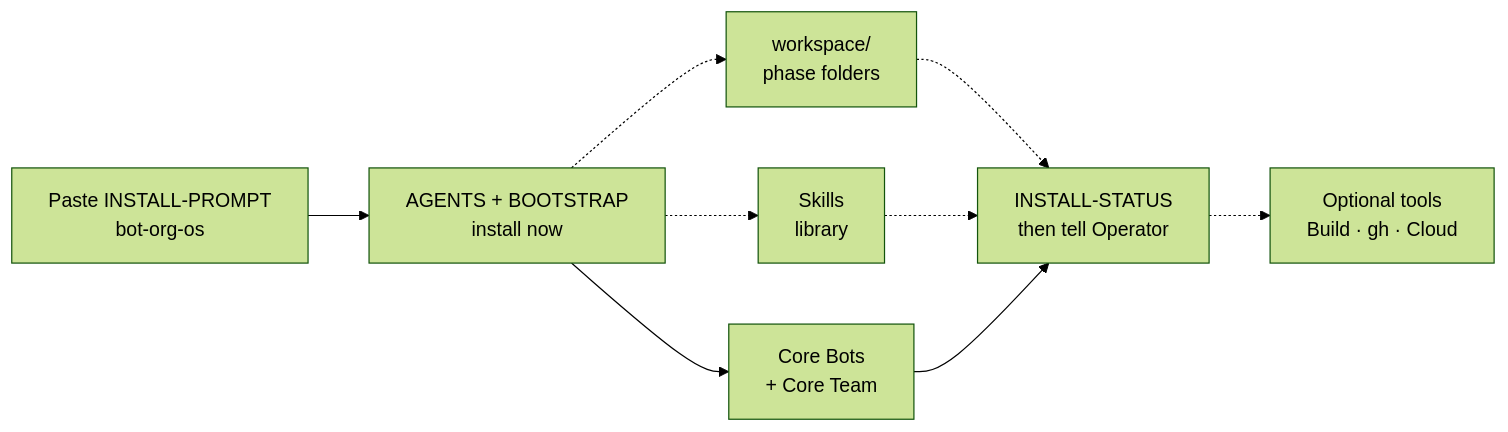
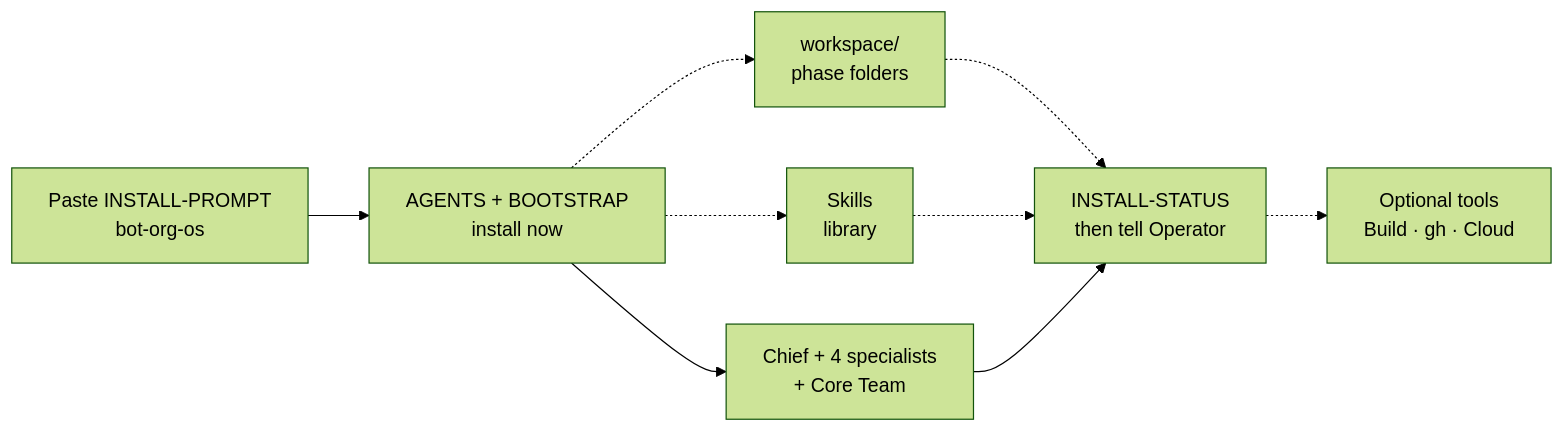
The second of 3 diagrams in README.md (firmasite/bot-org-os), drawn with Mermaid (forest theme) before and after one commit. The commit also changed other lines of this file and 8 other files, not shown here.

````diff
--- a/README.md
+++ b/README.md
@@ -66,11 +66,11 @@
 ```mermaid
 flowchart LR
   A[Paste INSTALL-PROMPT<br/>bot-org-os] --> B[AGENTS + BOOTSTRAP<br/>install now]
   B -.-> F[workspace/<br/>phase folders]
   B -.-> S[Skills<br/>library]
-  B --> C[Core Bots<br/>+ Core Team]
+  B --> C[Chief + 4 specialists<br/>+ Core Team]
   F -.-> I[INSTALL-STATUS<br/>then tell Operator]
   S -.-> I
   C --> I
   I -.-> O[Optional tools<br/>Build · gh · Cloud]
 ```
````
